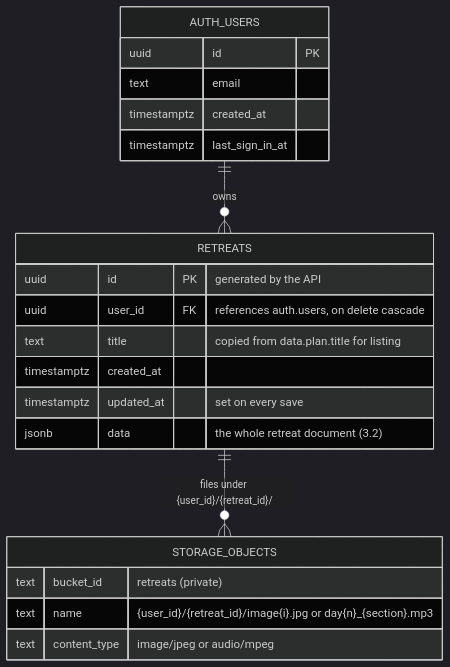
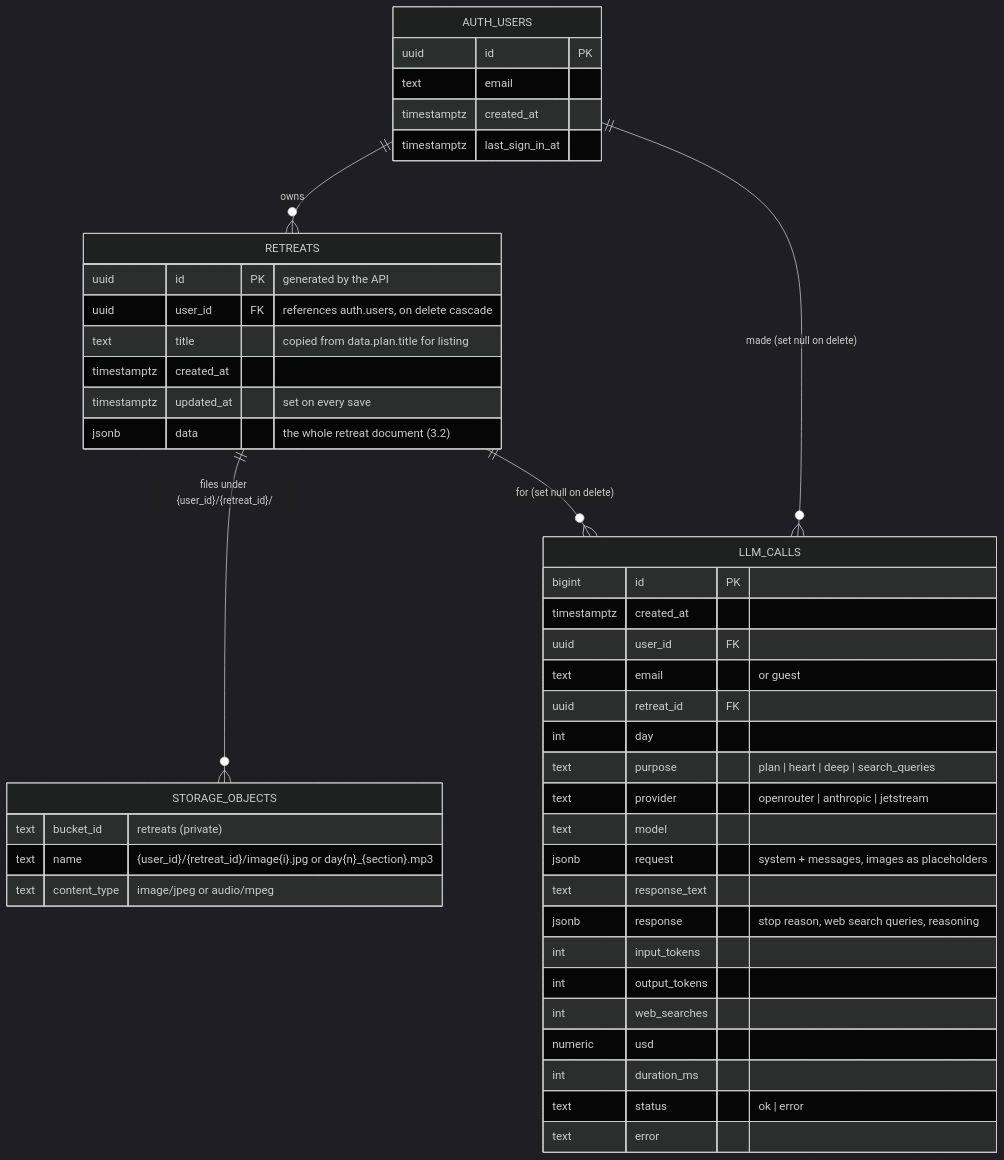
The fourth of 19 diagrams in docs/ARCHITECTURE.md (bcollier/ignatius-hw4-api), drawn with Mermaid (dark theme) before and after one commit. The commit also changed other lines of this file and 10 other files, not shown here.

First line of the commit message:
Log every model call to Supabase (llm_calls) with user, purpose, prompt, response, tokens and cost

````diff
--- a/docs/ARCHITECTURE.md
+++ b/docs/ARCHITECTURE.md
@@ -138,25 +138,48 @@
 ```mermaid
 erDiagram
     AUTH_USERS ||--o{ RETREATS : owns
     RETREATS ||--o{ STORAGE_OBJECTS : "files under {user_id}/{retreat_id}/"
+    AUTH_USERS ||--o{ LLM_CALLS : "made (set null on delete)"
+    RETREATS ||--o{ LLM_CALLS : "for (set null on delete)"
 
     AUTH_USERS {
         uuid id PK
         text email
         timestamptz created_at
         timestamptz last_sign_in_at
     }
     RETREATS {
         uuid id PK "generated by the API"
         uuid user_id FK "references auth.users, on delete cascade"
         text title "copied from data.plan.title for listing"
         timestamptz created_at
         timestamptz updated_at "set on every save"
         jsonb data "the whole retreat document (3.2)"
     }
+    LLM_CALLS {
+        bigint id PK
+        timestamptz created_at
+        uuid user_id FK
+        text email "or guest"
+        uuid retreat_id FK
+        int day
+        text purpose "plan | heart | deep | search_queries"
+        text provider "openrouter | anthropic | jetstream"
+        text model
+        jsonb request "system + messages, images as placeholders"
+        text response_text
+        jsonb response "stop reason, web search queries, reasoning"
+        int input_tokens
+        int output_tokens
+        int web_searches
+        numeric usd
+        int duration_ms
+        text status "ok | error"
+        text error
+    }
     STORAGE_OBJECTS {
         text bucket_id "retreats (private)"
         text name "{user_id}/{retreat_id}/image{i}.jpg or day{n}_{section}.mp3"
         text content_type "image/jpeg or audio/mpeg"
     }
 ```
````
